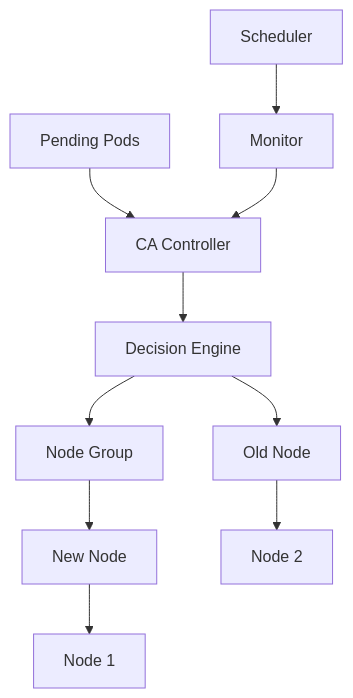
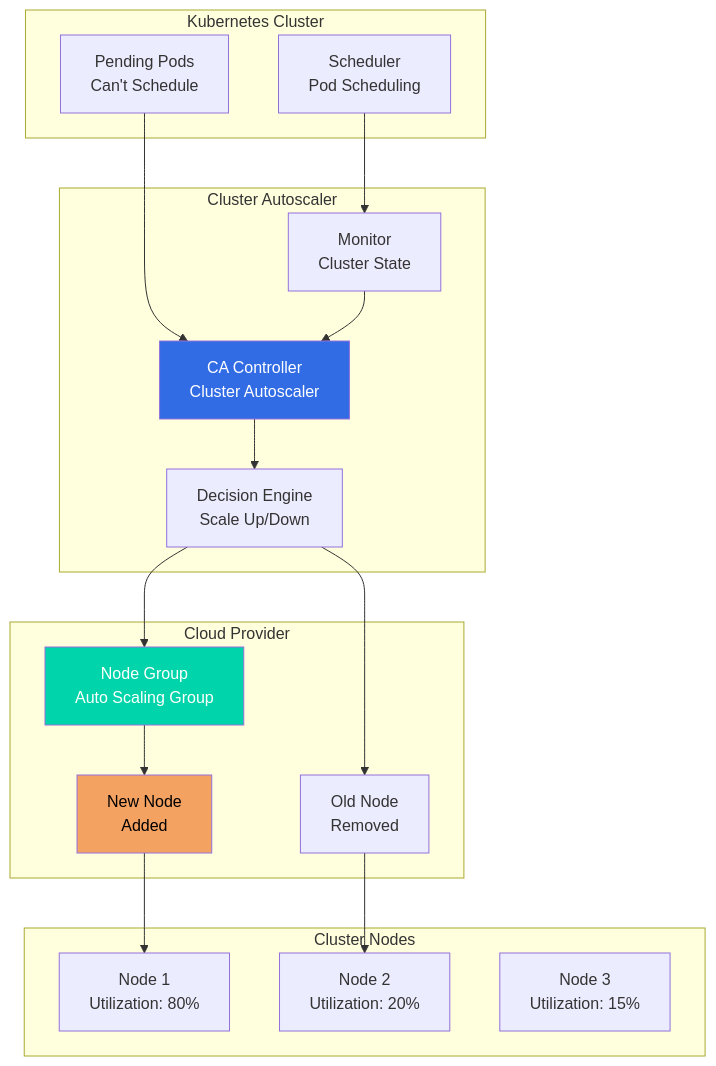
Diagram 31 of 33 in README.md (jayeshjd555/Kubernetes), drawn with Mermaid before and after one commit. The commit also changed other lines of this file, not shown here.

````diff
--- a/README.md
+++ b/README.md
@@ -11572,12 +11640,39 @@
 ```mermaid
 graph TB
-    PENDING[Pending Pods] --> CA[CA Controller]
-    SCHED[Scheduler] --> MON[Monitor]
+    subgraph "Kubernetes Cluster"
+        SCHED[Scheduler<br/>Pod Scheduling]
+        PENDING[Pending Pods<br/>Can't Schedule]
+    end
+    
+    subgraph "Cluster Autoscaler"
+        CA[CA Controller<br/>Cluster Autoscaler]
+        MON[Monitor<br/>Cluster State]
+        DEC[Decision Engine<br/>Scale Up/Down]
+    end
+    
+    subgraph "Cloud Provider"
+        NG[Node Group<br/>Auto Scaling Group]
+        NEW[New Node<br/>Added]
+        OLD[Old Node<br/>Removed]
+    end
+    
+    subgraph "Cluster Nodes"
+        NODE1[Node 1<br/>Utilization: 80%]
+        NODE2[Node 2<br/>Utilization: 20%]
+        NODE3[Node 3<br/>Utilization: 15%]
+    end
+    
+    PENDING --> CA
+    SCHED --> MON
     MON --> CA
-    CA --> DEC[Decision Engine]
-    DEC --> NG[Node Group]
-    NG --> NEW[New Node]
-    DEC --> OLD[Old Node]
-    NEW --> NODE1[Node 1]
-    OLD --> NODE2[Node 2]
+    CA --> DEC
+    DEC --> NG
+    NG --> NEW
+    DEC --> OLD
+    NEW --> NODE1
+    OLD --> NODE2
+    
+    style CA fill:#326ce5,color:#fff
+    style NG fill:#00d4aa,color:#fff
+    style NEW fill:#f4a261,color:#000
 ```
````
